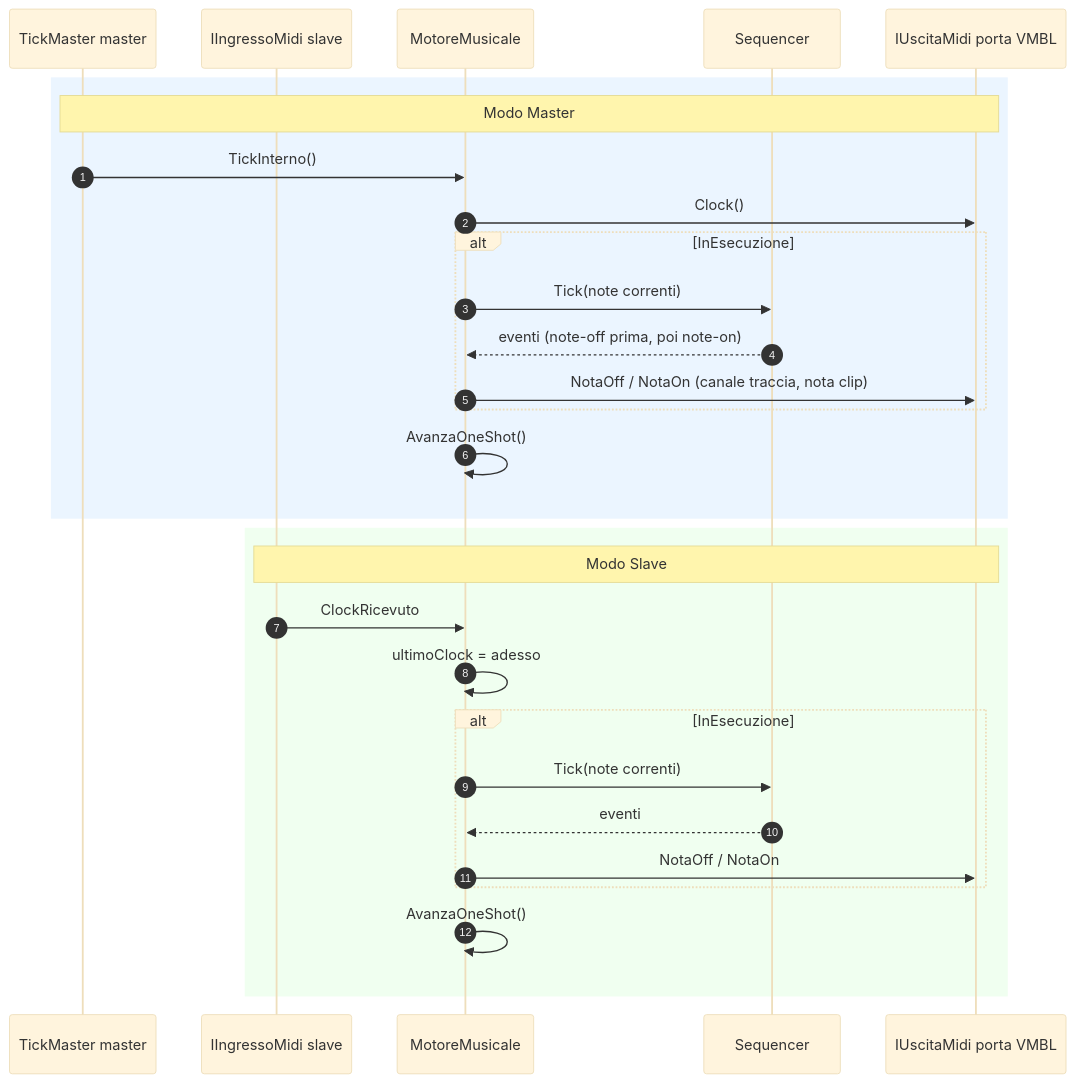
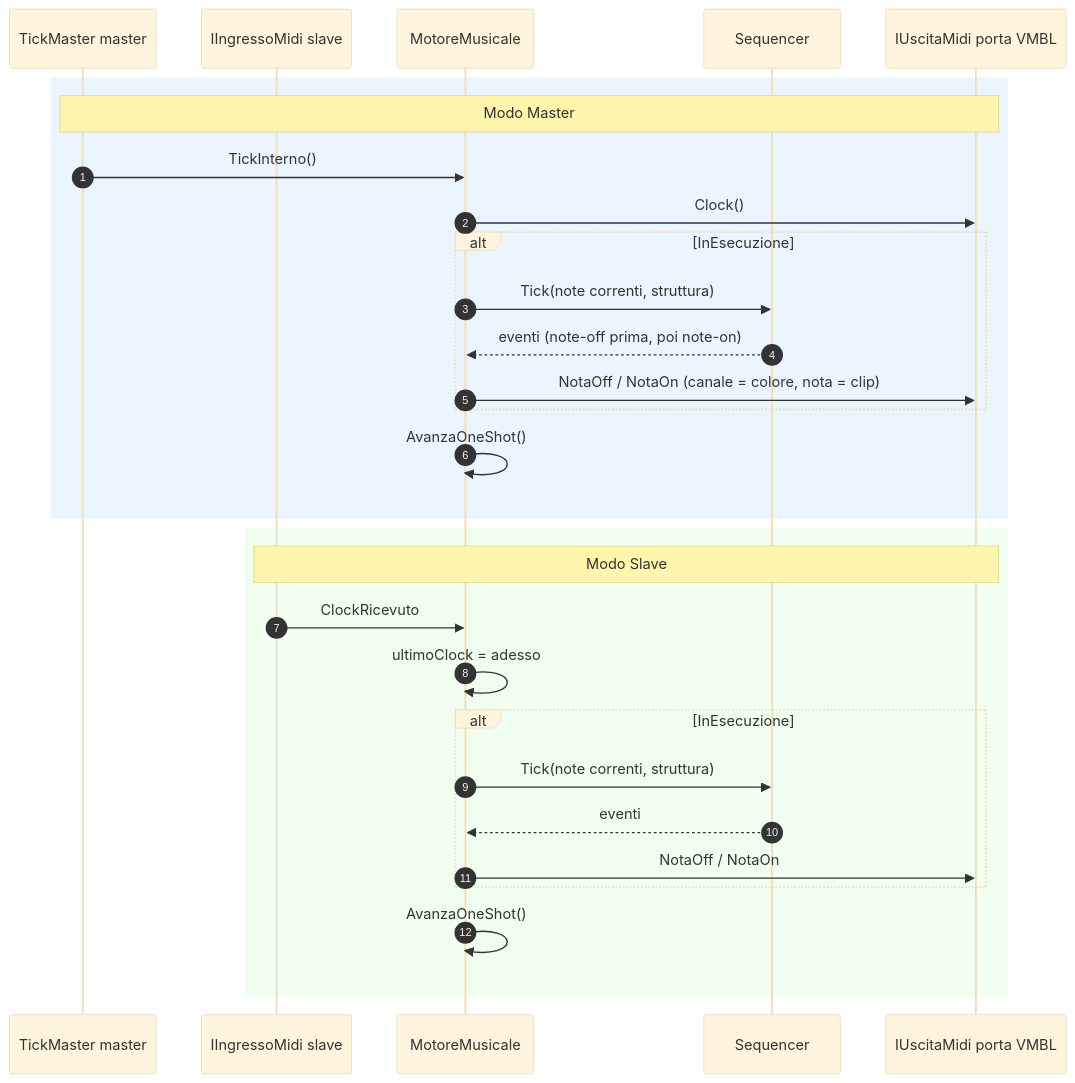
Before and after one commit to il-prof-f-a/visual-music-block-looper: the fourth of 4 diagrams in docs/funzionigramma.md, drawn with Mermaid (base theme). The commit also changed other lines of this file and 4 other files, not shown here.

````diff
--- a/docs/funzionigramma.md
+++ b/docs/funzionigramma.md
@@ -73,33 +122,33 @@
 ```mermaid
 sequenceDiagram
     autonumber
     participant TM as TickMaster master
     participant IN as IIngressoMidi slave
     participant MM as MotoreMusicale
     participant SQ as Sequencer
     participant OUT as IUscitaMidi porta VMBL
 
     rect rgb(235, 245, 255)
         note over TM,OUT: Modo Master
         TM->>MM: TickInterno()
         MM->>OUT: Clock()
         alt InEsecuzione
-            MM->>SQ: Tick(note correnti)
+            MM->>SQ: Tick(note correnti, struttura)
             SQ-->>MM: eventi (note-off prima, poi note-on)
-            MM->>OUT: NotaOff / NotaOn (canale traccia, nota clip)
+            MM->>OUT: NotaOff / NotaOn (canale = colore, nota = clip)
         end
         MM->>MM: AvanzaOneShot()
     end
 
     rect rgb(240, 255, 240)
         note over IN,OUT: Modo Slave
         IN->>MM: ClockRicevuto
         MM->>MM: ultimoClock = adesso
         alt InEsecuzione
-            MM->>SQ: Tick(note correnti)
+            MM->>SQ: Tick(note correnti, struttura)
             SQ-->>MM: eventi
             MM->>OUT: NotaOff / NotaOn
         end
         MM->>MM: AvanzaOneShot()
     end
 ```
````
